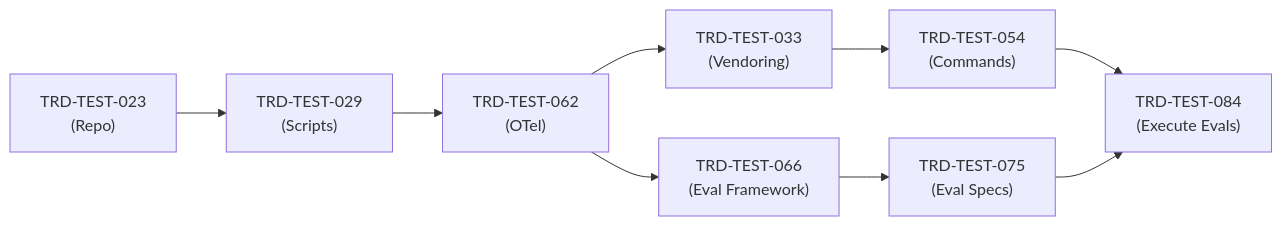
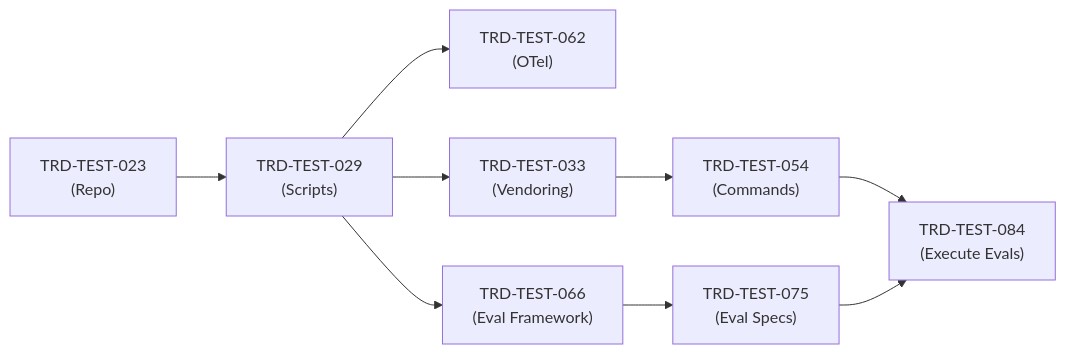
The eighth of 9 diagrams in docs/TRD/testing-phase.md (FortiumPartners/ensemble), drawn with Mermaid before and after one commit. The commit also changed other lines of this file and 1 other file, not shown here.

First line of the commit message:
refactor(TRD): enable Phase 3 and Phase 4 parallel execution

````diff
--- a/docs/TRD/testing-phase.md
+++ b/docs/TRD/testing-phase.md
@@ -2593,11 +2593,11 @@
 ```mermaid
 flowchart LR
     TRD-TEST-023["TRD-TEST-023<br/>(Repo)"] --> TRD-TEST-029["TRD-TEST-029<br/>(Scripts)"]
     TRD-TEST-029 --> TRD-TEST-062["TRD-TEST-062<br/>(OTel)"]
-    TRD-TEST-062 --> TRD-TEST-033["TRD-TEST-033<br/>(Vendoring)"]
-    TRD-TEST-062 --> TRD-TEST-066["TRD-TEST-066<br/>(Eval Framework)"]
+    TRD-TEST-029 --> TRD-TEST-033["TRD-TEST-033<br/>(Vendoring)"]
+    TRD-TEST-029 --> TRD-TEST-066["TRD-TEST-066<br/>(Eval Framework)"]
     TRD-TEST-033 --> TRD-TEST-054["TRD-TEST-054<br/>(Commands)"]
     TRD-TEST-066 --> TRD-TEST-075["TRD-TEST-075<br/>(Eval Specs)"]
     TRD-TEST-054 --> TRD-TEST-084["TRD-TEST-084<br/>(Execute Evals)"]
     TRD-TEST-075 --> TRD-TEST-084
 ```
````
